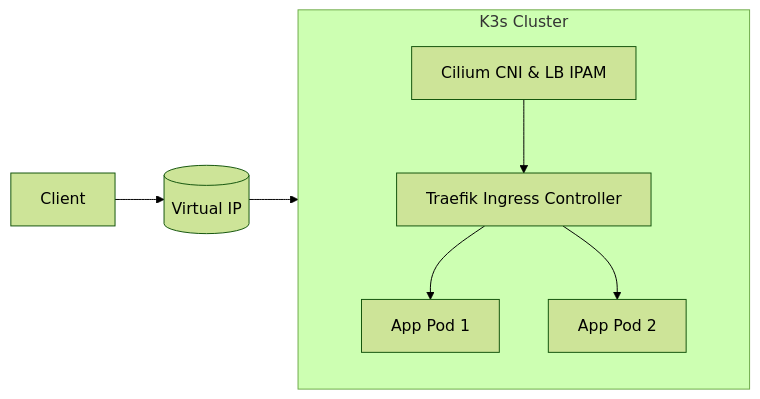
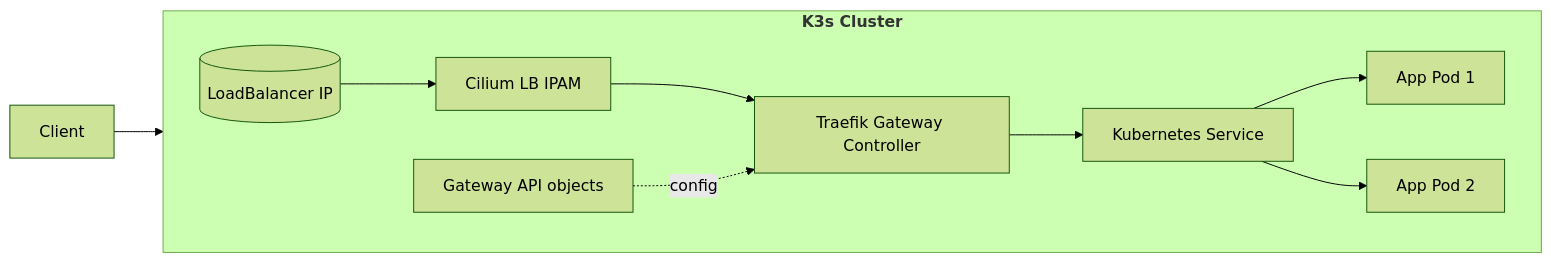
One commit to Schwitzd/IaC-HomeK3s changed the first of 3 diagrams in README.md. Above: the diagram before and after it, drawn with Mermaid (forest theme). The commit also changed other lines of this file and 62 other files, not shown here.

````diff
--- a/README.md
+++ b/README.md
@@ -395,17 +408,15 @@
 ```mermaid
 graph LR
-    subgraph K3s Cluster
-        direction TB
-        Cilium[Cilium CNI & LB IPAM]
-        Traefik[Traefik Ingress Controller]
-        Pod1[App Pod 1]
-        Pod2[App Pod 2]
+    Client[Client] --> VIP[(LoadBalancer IP)]
 
-        Cilium --> Traefik
-        Traefik --> Pod1
-        Traefik --> Pod2
+    subgraph K3s["<b>K3s Cluster</b>"]
+      direction LR
+      VIP --> Cilium[Cilium LB IPAM]
+      Cilium --> Traefik[Traefik Gateway Controller]
+      Traefik --> SVC[Kubernetes Service]
+      SVC --> Pod1[App Pod 1]
+      SVC --> Pod2[App Pod 2]
+
+      GatewayAPI[Gateway API objects] -. config .-> Traefik
     end
-
-    Client[Client] --> VirtualIP[(Virtual IP)]
-    VirtualIP --> Cilium
 ```
````
